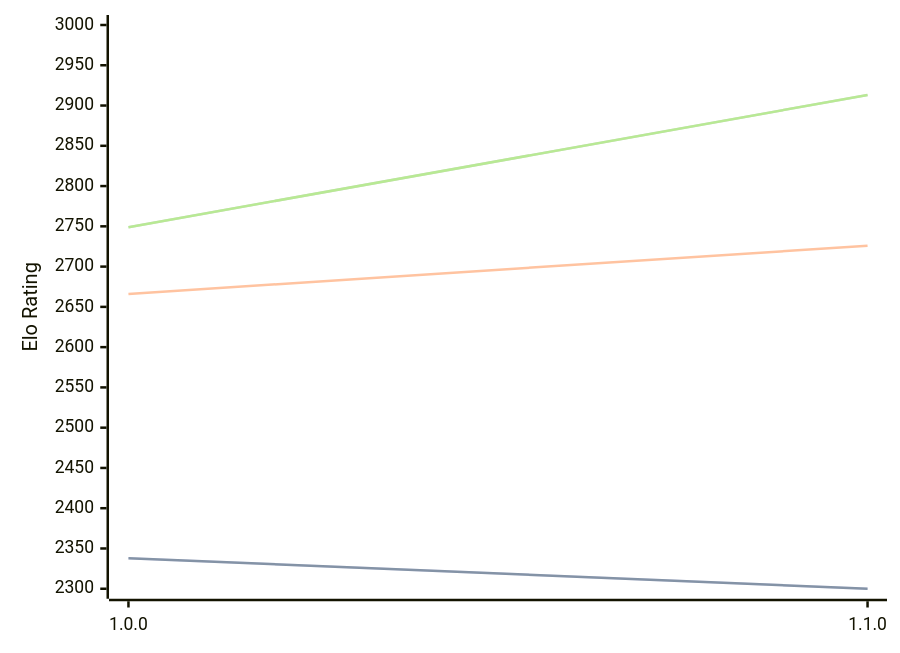
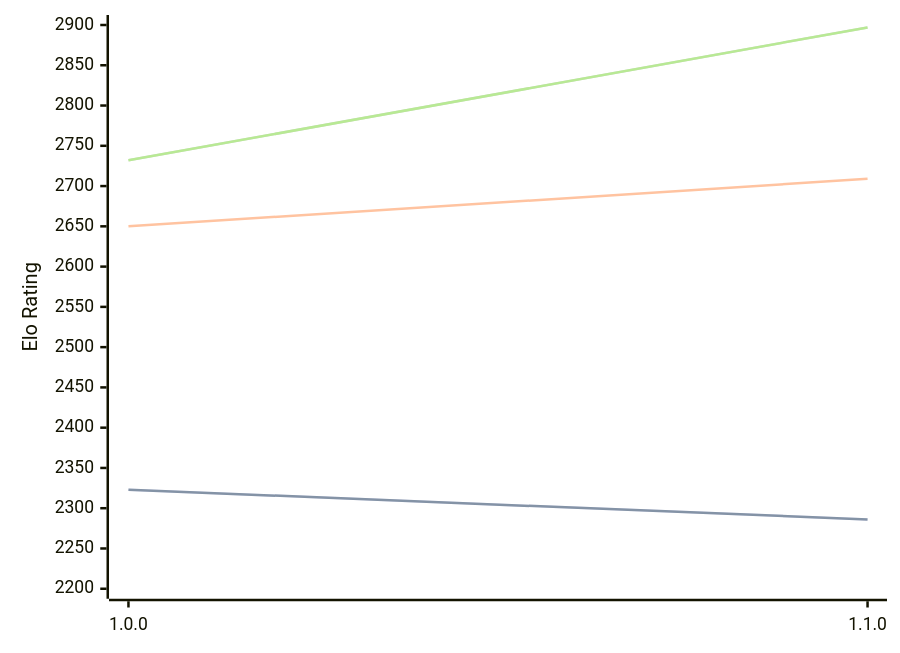
The diagram in engines/ShallowGuess.md (computer-chess-index/cci), drawn with Mermaid before and after one commit. The commit also changed other lines of this file, not shown here.

Commit message:
Update CCI Ratings (ELO VLTC) - 2026-05-20

````diff
--- a/engines/ShallowGuess.md
+++ b/engines/ShallowGuess.md
@@ -36,11 +36,11 @@
 ```mermaid
 %%{init: {"theme":"base","themeVariables":{"seriesColors:['#a3a3a3','#222221','#faa371']}}}%%
 xychart-beta
   x-axis ["1.0.0", "1.1.0"]
-  y-axis "Elo Rating" 2300 --> 3000
-  line "STC (8.0+0.08s)" [2338, 2300]
-  line "STC (8.0+0.08s)" [2338, 2300]
-  line "LTC (60.0+0.60s)" [2666, 2726]
-  line "VLTC (2m24s+1.12s)" [2749, 2913]
-  line "VLTC (2m24s+1.12s)" [2749, 2913]
+  y-axis "Elo Rating" 2200 --> 2900
+  line "STC (8.0+0.08s)" [2323, 2286]
+  line "STC (8.0+0.08s)" [2323, 2286]
+  line "LTC (60.0+0.60s)" [2650, 2709]
+  line "VLTC (2m24s+1.12s)" [2732, 2897]
+  line "VLTC (2m24s+1.12s)" [2732, 2897]
 ```
````
